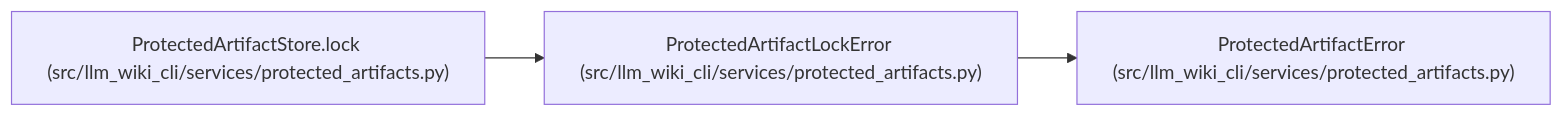
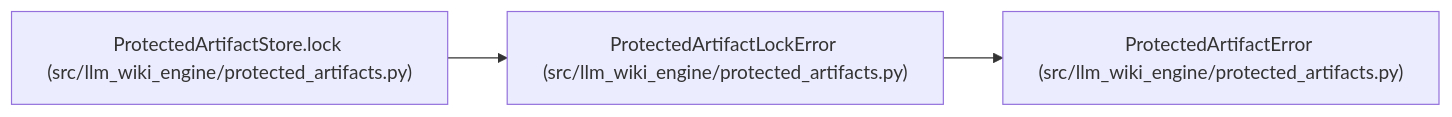
Before and after one commit to Denissvgn/python-wiki-llm: the diagram in docs/llm_wiki/entities/ProtectedArtifactLockError.md, drawn with Mermaid. The commit also changed other lines of this file and 739 other files, not shown here.

First line of the commit message:
docs: refresh the wiki for the second engine batch

````diff
--- a/docs/llm_wiki/entities/ProtectedArtifactLockError.md
+++ b/docs/llm_wiki/entities/ProtectedArtifactLockError.md
@@ -23,11 +23,11 @@
 ```mermaid
 flowchart LR
-    n0["ProtectedArtifactLockError (src/llm_wiki_cli/services/protected_artifacts.py)"]
-    n1["ProtectedArtifactError (src/llm_wiki_cli/services/protected_artifacts.py)"]
-    n2["ProtectedArtifactStore.lock (src/llm_wiki_cli/services/protected_artifacts.py)"]
+    n0["ProtectedArtifactLockError (src/llm_wiki_engine/protected_artifacts.py)"]
+    n1["ProtectedArtifactError (src/llm_wiki_engine/protected_artifacts.py)"]
+    n2["ProtectedArtifactStore.lock (src/llm_wiki_engine/protected_artifacts.py)"]
     n0 --> n1
     n2 --> n0
     click n0 "../modules/protected_artifacts.md"
     click n1 "../modules/protected_artifacts.md"
     click n2 "../modules/protected_artifacts.md"
 ```
````
